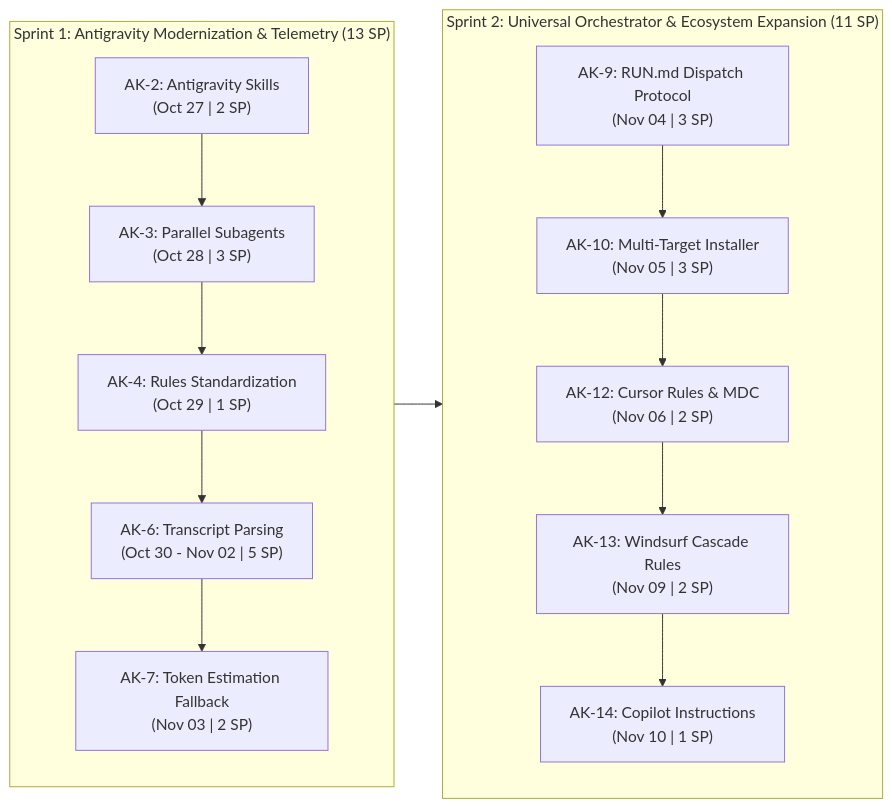
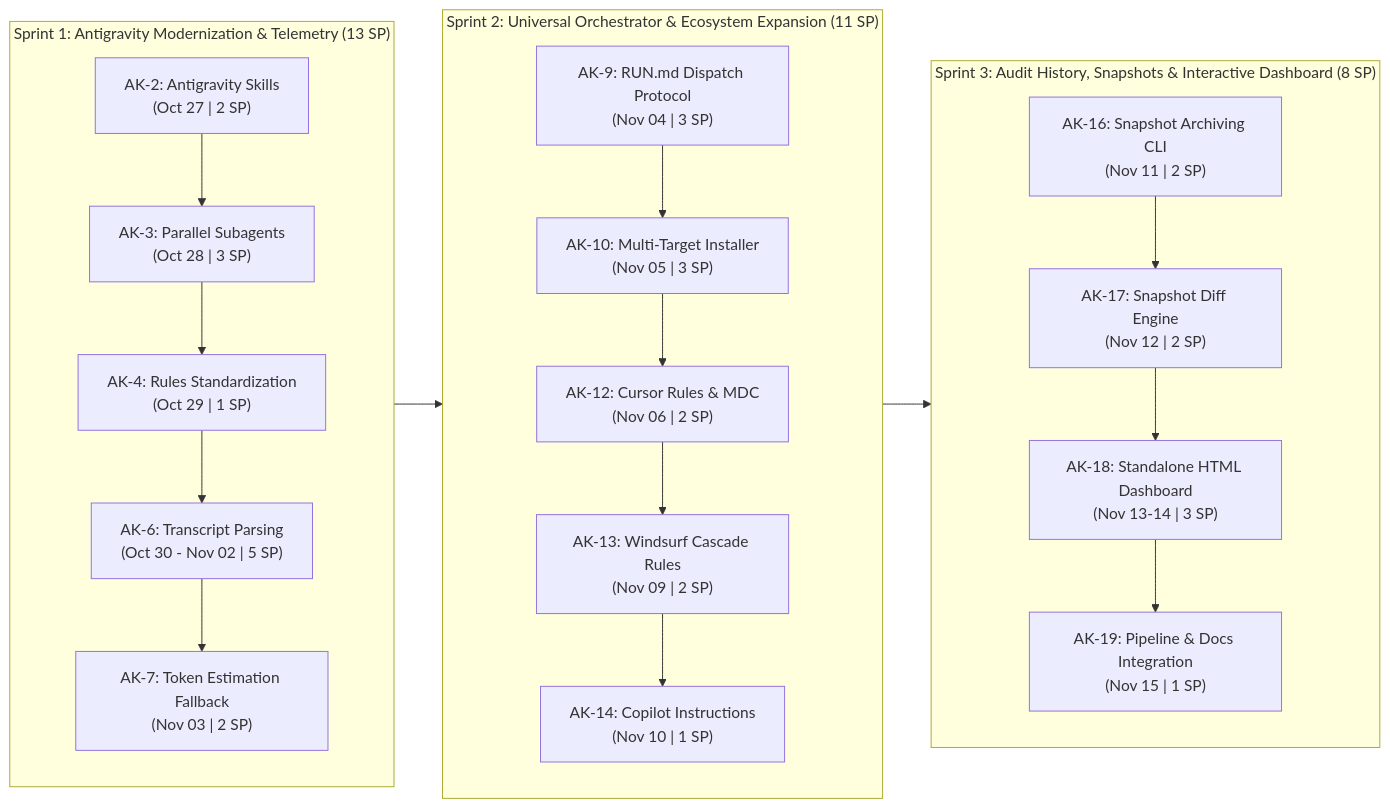
The diagram in BACKLOG.md (victorfigueira/audit-kit), drawn with Mermaid before and after one commit. The commit also changed other lines of this file and 15 other files, not shown here.

Commit message:
v2.9.0: add audit snapshots and standalone interactive HTML dashboard

````diff
--- a/BACKLOG.md
+++ b/BACKLOG.md
@@ -12,20 +12,27 @@
 ```mermaid
 flowchart LR
     subgraph S1["Sprint 1: Antigravity Modernization & Telemetry (13 SP)"]
         direction TB
         AK2["AK-2: Antigravity Skills<br/>(Oct 27 | 2 SP)"] --> AK3["AK-3: Parallel Subagents<br/>(Oct 28 | 3 SP)"]
         AK3 --> AK4["AK-4: Rules Standardization<br/>(Oct 29 | 1 SP)"]
         AK4 --> AK6["AK-6: Transcript Parsing<br/>(Oct 30 - Nov 02 | 5 SP)"]
         AK6 --> AK7["AK-7: Token Estimation Fallback<br/>(Nov 03 | 2 SP)"]
     end
 
     subgraph S2["Sprint 2: Universal Orchestrator & Ecosystem Expansion (11 SP)"]
         direction TB
         AK9["AK-9: RUN.md Dispatch Protocol<br/>(Nov 04 | 3 SP)"] --> AK10["AK-10: Multi-Target Installer<br/>(Nov 05 | 3 SP)"]
         AK10 --> AK12["AK-12: Cursor Rules & MDC<br/>(Nov 06 | 2 SP)"]
         AK12 --> AK13["AK-13: Windsurf Cascade Rules<br/>(Nov 09 | 2 SP)"]
         AK13 --> AK14["AK-14: Copilot Instructions<br/>(Nov 10 | 1 SP)"]
     end
 
-    S1 --> S2
+    subgraph S3["Sprint 3: Audit History, Snapshots & Interactive Dashboard (8 SP)"]
+        direction TB
+        AK16["AK-16: Snapshot Archiving CLI<br/>(Nov 11 | 2 SP)"] --> AK17["AK-17: Snapshot Diff Engine<br/>(Nov 12 | 2 SP)"]
+        AK17 --> AK18["AK-18: Standalone HTML Dashboard<br/>(Nov 13-14 | 3 SP)"]
+        AK18 --> AK19["AK-19: Pipeline & Docs Integration<br/>(Nov 15 | 1 SP)"]
+    end
+
+    S1 --> S2 --> S3
 ```
````
